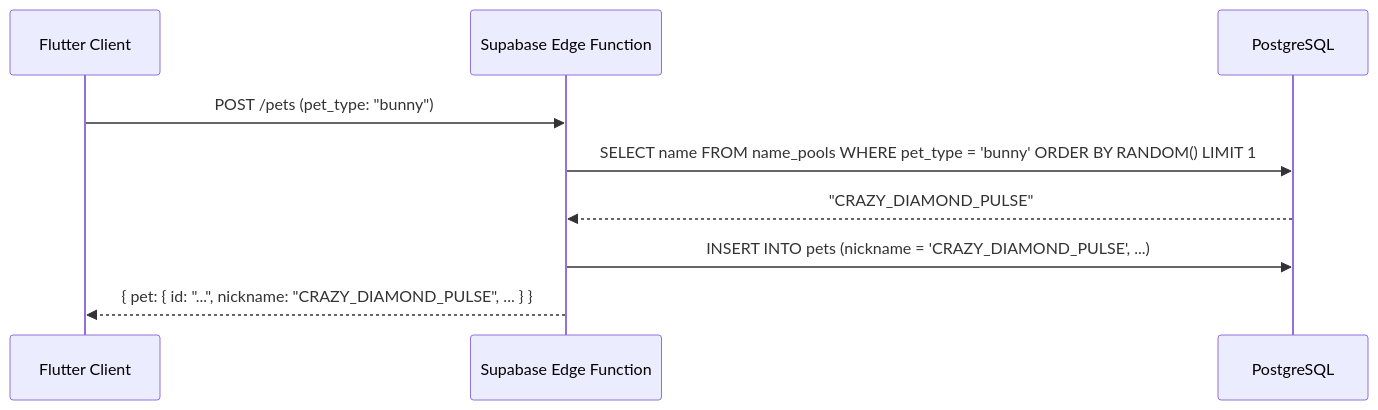
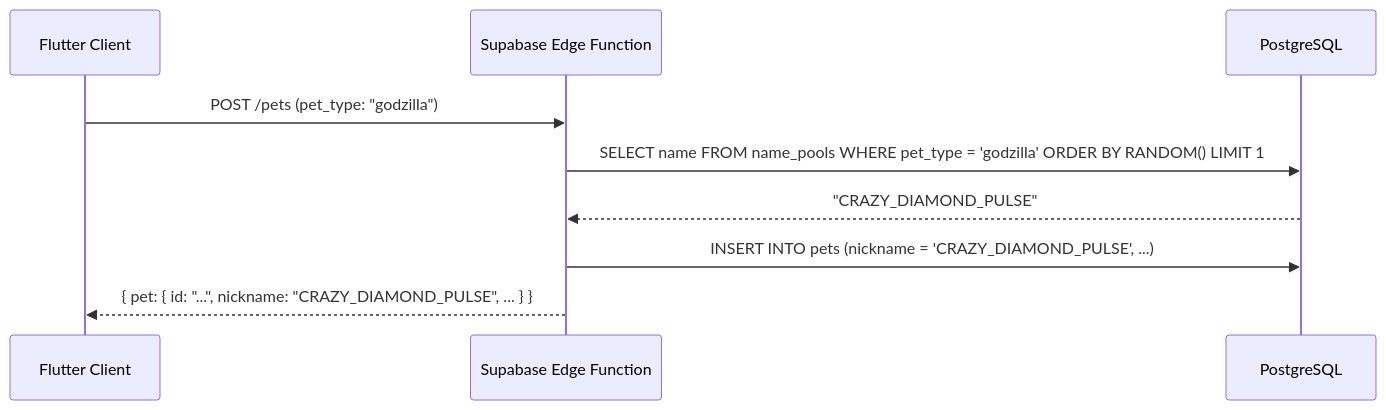
Before and after one commit to TheMrCorvy/HATCH.REF: the diagram in Documentation/NameGeneration/01-name-generation-overview.md, drawn with Mermaid. The commit also changed other lines of this file and 34 other files, not shown here.

````diff
--- a/Documentation/NameGeneration/01-name-generation-overview.md
+++ b/Documentation/NameGeneration/01-name-generation-overview.md
@@ -130,12 +130,12 @@
 ```mermaid
 sequenceDiagram
     participant Client as Flutter Client
     participant API as Supabase Edge Function
     participant DB as PostgreSQL
 
-    Client->>API: POST /pets (pet_type: "bunny")
-    API->>DB: SELECT name FROM name_pools WHERE pet_type = 'bunny' ORDER BY RANDOM() LIMIT 1
+    Client->>API: POST /pets (pet_type: "godzilla")
+    API->>DB: SELECT name FROM name_pools WHERE pet_type = 'godzilla' ORDER BY RANDOM() LIMIT 1
     DB-->>API: "CRAZY_DIAMOND_PULSE"
     API->>DB: INSERT INTO pets (nickname = 'CRAZY_DIAMOND_PULSE', ...)
     API-->>Client: { pet: { id: "...", nickname: "CRAZY_DIAMOND_PULSE", ... } }
 ```
````
